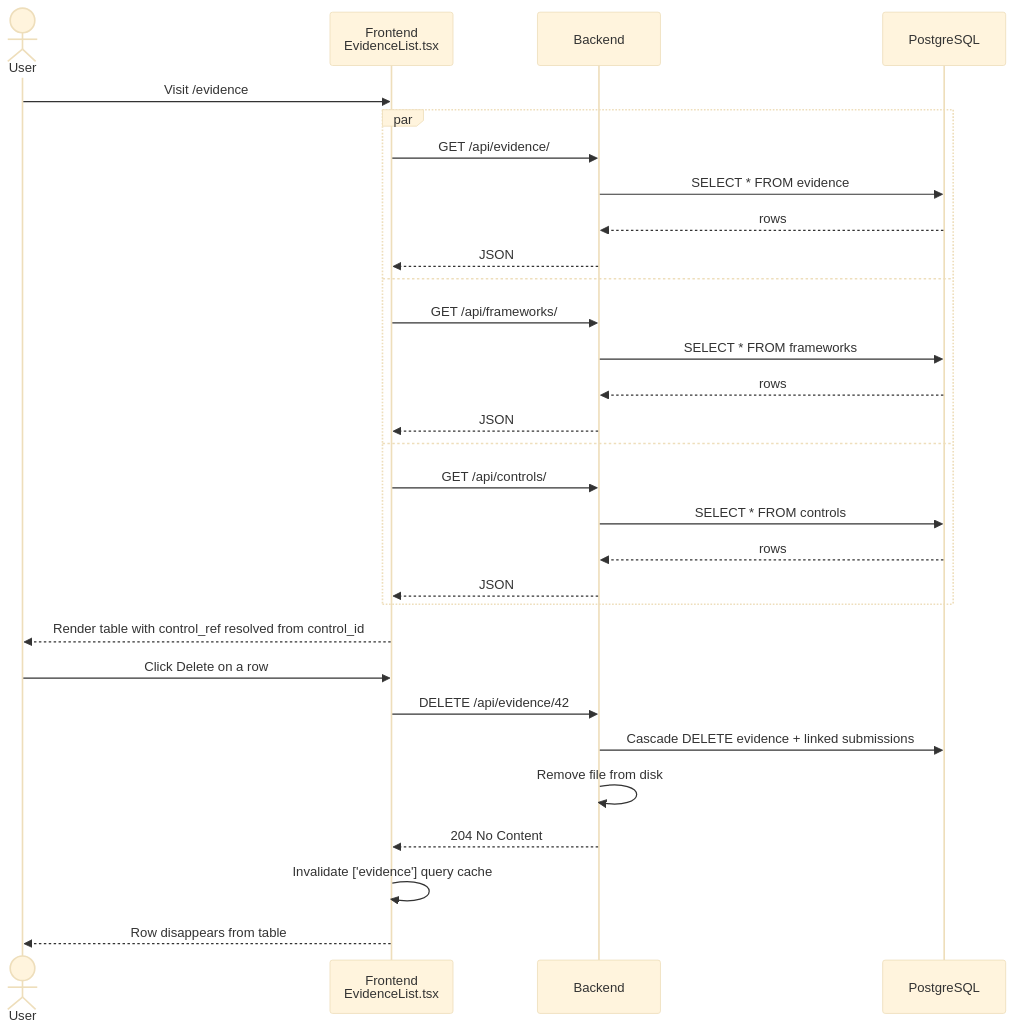
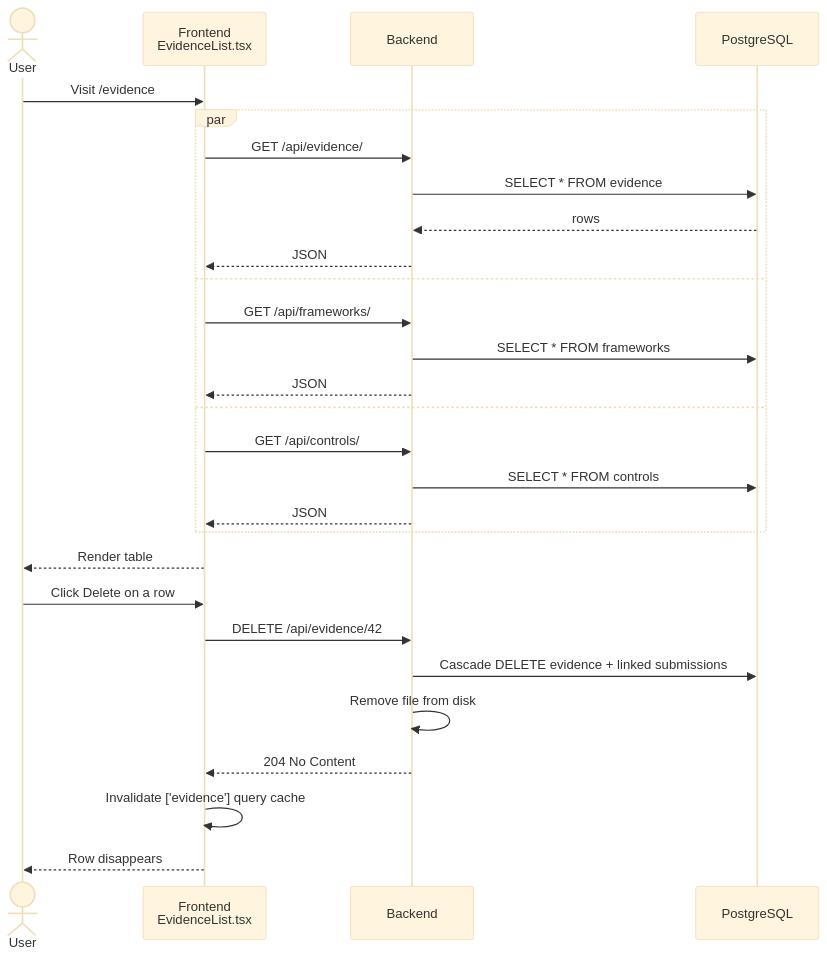
One commit to chala2001/compliance-evidence-portal changed the tenth of 14 diagrams in README.md. Above: the diagram before and after it, drawn with Mermaid (base theme). The commit also changed other lines of this file and 6 other files, not shown here.

````diff
--- a/README.md
+++ b/README.md
@@ -377,34 +641,32 @@
 ```mermaid
 sequenceDiagram
     actor User
     participant FE as Frontend<br/>EvidenceList.tsx
     participant BE as Backend
     participant DB as PostgreSQL
 
     User->>FE: Visit /evidence
     par
         FE->>BE: GET /api/evidence/
         BE->>DB: SELECT * FROM evidence
         DB-->>BE: rows
         BE-->>FE: JSON
     and
         FE->>BE: GET /api/frameworks/
         BE->>DB: SELECT * FROM frameworks
-        DB-->>BE: rows
         BE-->>FE: JSON
     and
         FE->>BE: GET /api/controls/
         BE->>DB: SELECT * FROM controls
-        DB-->>BE: rows
         BE-->>FE: JSON
     end
-    FE-->>User: Render table with control_ref resolved from control_id
+    FE-->>User: Render table
 
     User->>FE: Click Delete on a row
     FE->>BE: DELETE /api/evidence/42
     BE->>DB: Cascade DELETE evidence + linked submissions
     BE->>BE: Remove file from disk
     BE-->>FE: 204 No Content
     FE->>FE: Invalidate ['evidence'] query cache
-    FE-->>User: Row disappears from table
+    FE-->>User: Row disappears
 ```
````
